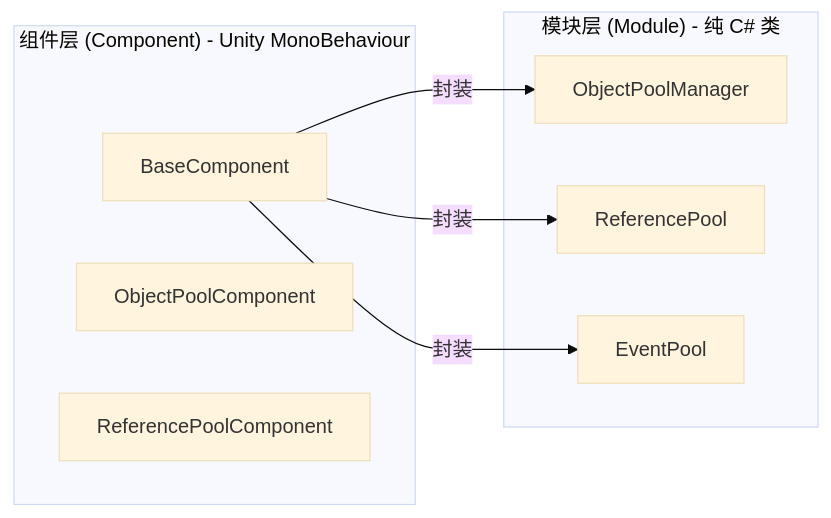
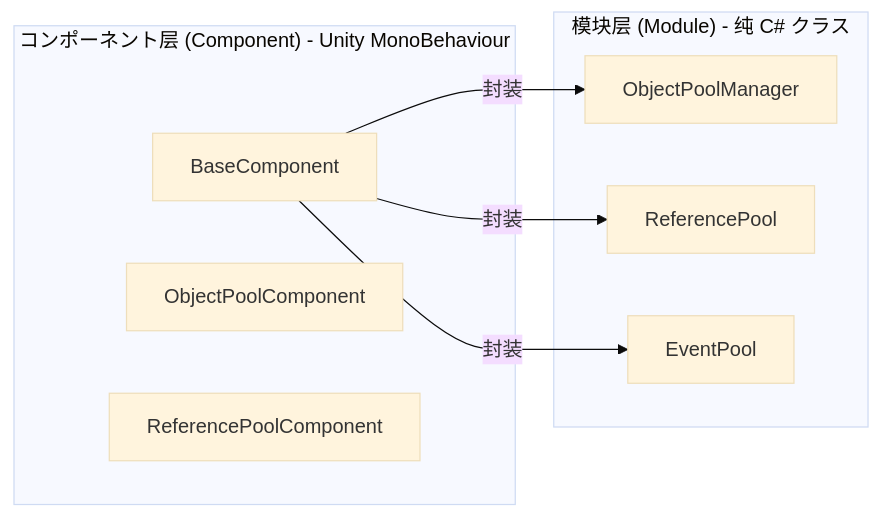
One commit to AlianBlank/GameFrameX.Docs changed the second of 4 diagrams in docs/ja/client/unity/component/core/05.base.md. Above: the diagram before and after it, drawn with Mermaid (base theme). The commit also changed other lines of this file and 603 other files, not shown here.

````diff
--- a/docs/ja/client/unity/component/core/05.base.md
+++ b/docs/ja/client/unity/component/core/05.base.md
@@ -53,18 +53,18 @@
 ```mermaid
 flowchart LR
-    subgraph 组件层["组件层 (Component) - Unity MonoBehaviour"]
+    subgraph コンポーネント层["コンポーネント层 (Component) - Unity MonoBehaviour"]
         C1[BaseComponent]
         C2[ObjectPoolComponent]
         C3[ReferencePoolComponent]
     end
 
-    subgraph 模块层["模块层 (Module) - 纯 C# 类"]
+    subgraph 模块层["模块层 (Module) - 纯 C# クラス"]
         M1[ObjectPoolManager]
         M2[ReferencePool]
         M3[EventPool]
     end
 
     C1 -->|封装| M1
     C1 -->|封装| M2
     C1 -->|封装| M3
 ```
````
